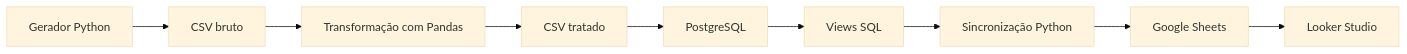
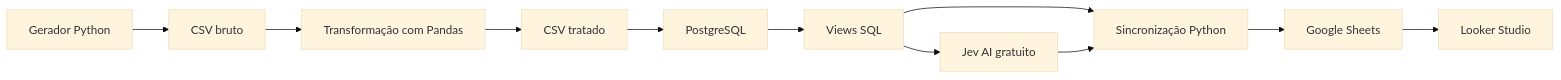
Before and after one commit to murilo186/rideops: the diagram in README.md, drawn with Mermaid (base theme). The commit also changed other lines of this file and 2 other files, not shown here.

````diff
--- a/README.md
+++ b/README.md
@@ -27,11 +27,13 @@
 ```mermaid
 flowchart LR
     generator["Gerador Python"] --> raw["CSV bruto"]
     raw --> transform["Transformação com Pandas"]
     transform --> processed["CSV tratado"]
     processed --> database["PostgreSQL"]
     database --> views["Views SQL"]
     views --> sync["Sincronização Python"]
+    views --> jev["Jev AI gratuito"]
+    jev --> sync
     sync --> sheets["Google Sheets"]
     sheets --> dashboard["Looker Studio"]
 ```
````
